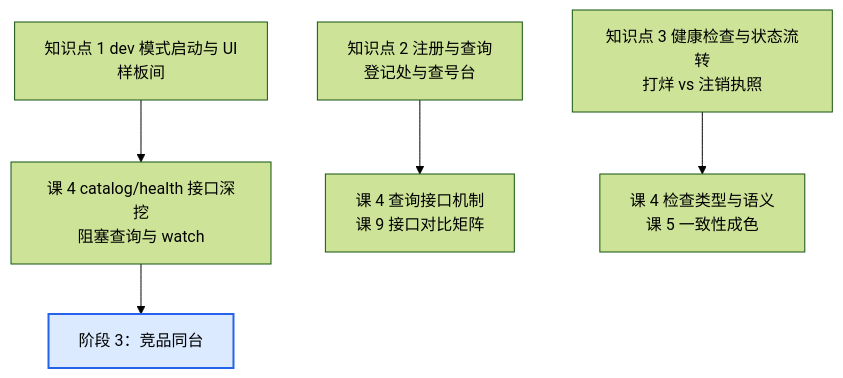
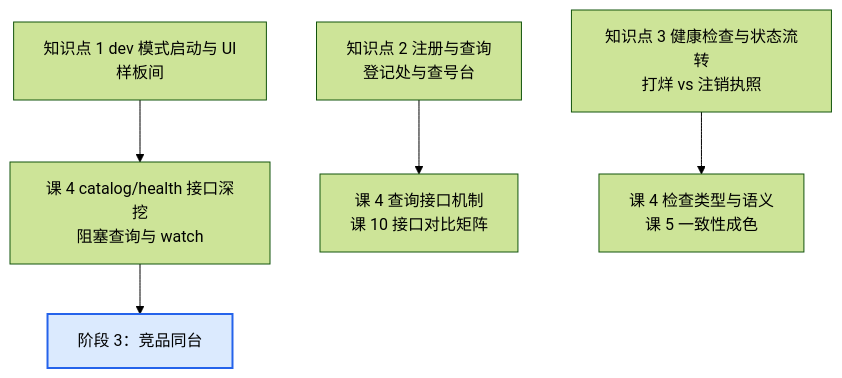
One commit to HACK-WU/learning changed the third of 3 diagrams in consul/stages/1-认识Consul/lessons/lesson-03-五分钟跑起来看一眼.md. Above: the diagram before and after it, drawn with Mermaid (forest theme). The commit also changed other lines of this file and 59 other files, not shown here.

````diff
--- a/consul/stages/1-认识Consul/lessons/lesson-03-五分钟跑起来看一眼.md
+++ b/consul/stages/1-认识Consul/lessons/lesson-03-五分钟跑起来看一眼.md
@@ -335,8 +335,8 @@
 ```mermaid
 flowchart TD
     K1["知识点 1 dev 模式启动与 UI<br/>样板间"] --> NEXT4["课 4 catalog/health 接口深挖<br/>阻塞查询与 watch"]
-    K2["知识点 2 注册与查询<br/>登记处与查号台"] --> NEXT4b["课 4 查询接口机制<br/>课 9 接口对比矩阵"]
+    K2["知识点 2 注册与查询<br/>登记处与查号台"] --> NEXT4b["课 4 查询接口机制<br/>课 10 接口对比矩阵"]
     K3["知识点 3 健康检查与状态流转<br/>打烊 vs 注销执照"] --> NEXT4c["课 4 检查类型与语义<br/>课 5 一致性成色"]
     NEXT4 --> NEXT8["阶段 3：竞品同台"]
     style NEXT8 fill:#dbeafe,stroke:#2563eb,stroke-width:2px
 ```
````
